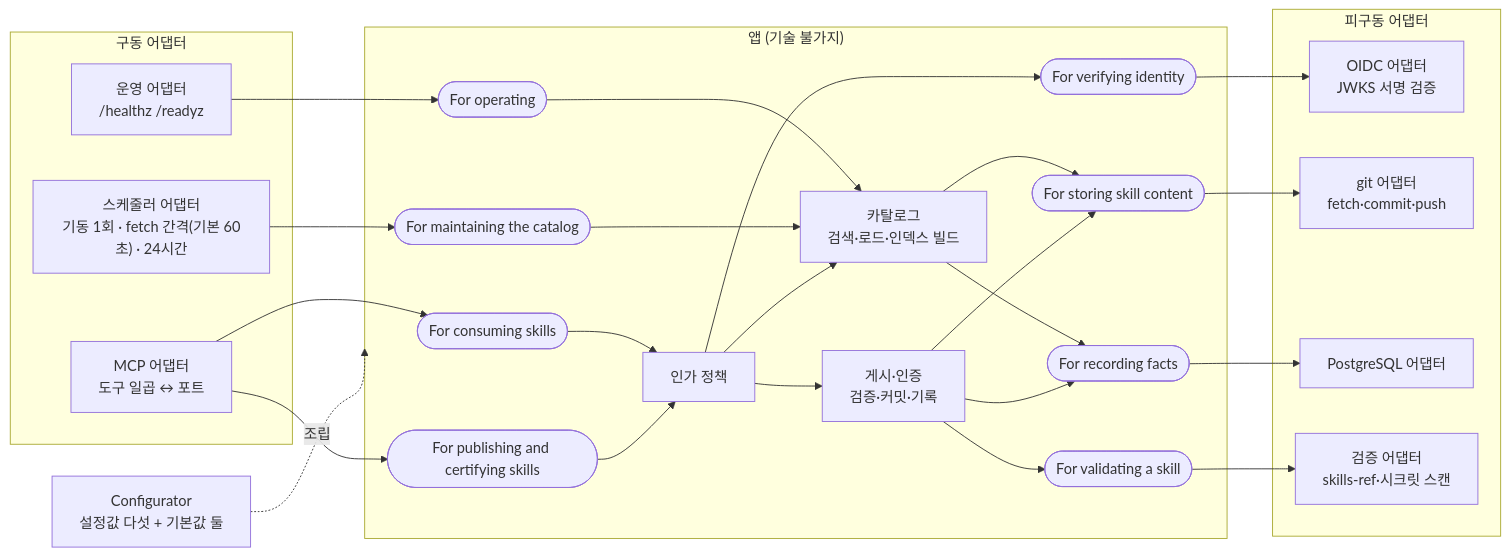
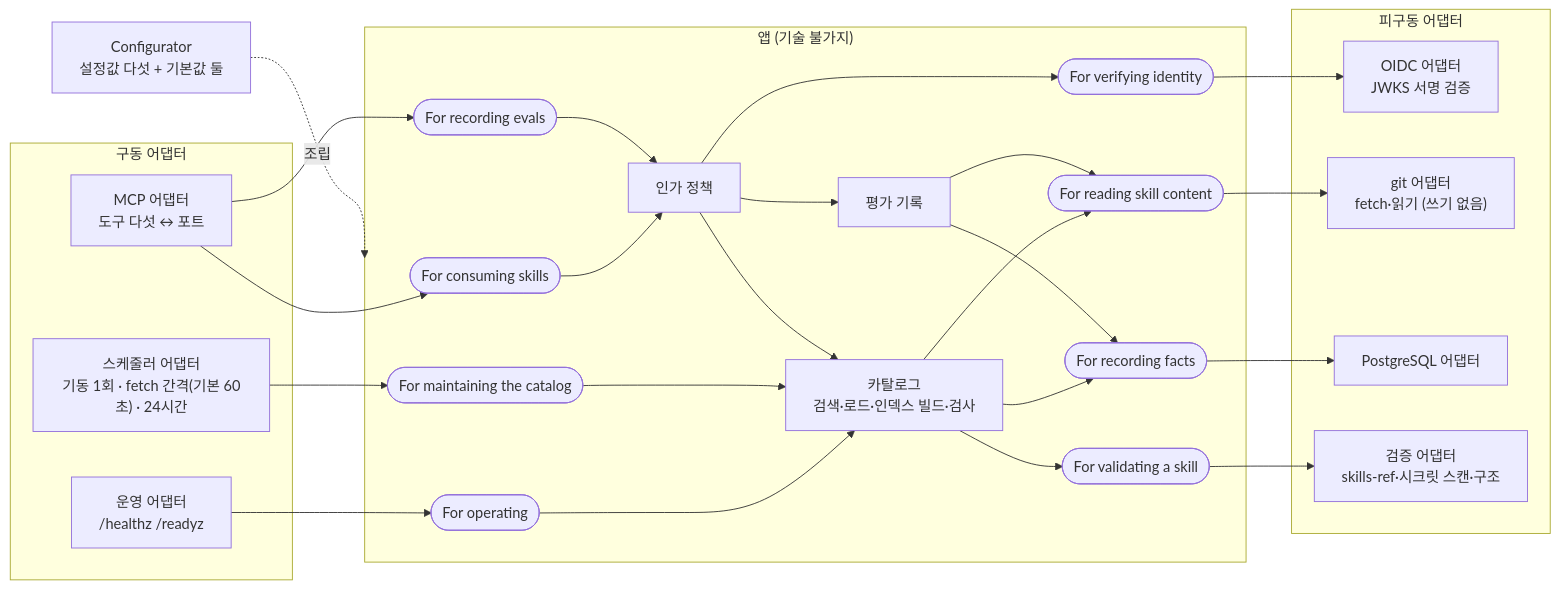
Before and after one commit to alteralab/harness-catalog: the second of 4 diagrams in DESIGN.md, drawn with Mermaid. The commit also changed other lines of this file and 5 other files, not shown here.

````diff
--- a/DESIGN.md
+++ b/DESIGN.md
@@ -83,49 +82,49 @@
 ```mermaid
 flowchart LR
     subgraph DRIVING["구동 어댑터"]
-        MCPA["MCP 어댑터<br/>도구 일곱 ↔ 포트"]
+        MCPA["MCP 어댑터<br/>도구 다섯 ↔ 포트"]
         OPSA["운영 어댑터<br/>/healthz /readyz"]
         SCHED["스케줄러 어댑터<br/>기동 1회 · fetch 간격(기본 60초) · 24시간"]
     end
     subgraph APP["앱 (기술 불가지)"]
         P1(["For consuming skills"])
-        P2(["For publishing and certifying skills"])
+        P2(["For recording evals"])
         P3(["For operating"])
         P8(["For maintaining the catalog"])
         AUTHZ["인가 정책"]
-        CATALOG["카탈로그<br/>검색·로드·인덱스 빌드"]
-        PUBLISH["게시·인증<br/>검증·커밋·기록"]
+        CATALOG["카탈로그<br/>검색·로드·인덱스 빌드·검사"]
+        EVALS["평가 기록"]
         P4(["For verifying identity"])
-        P5(["For storing skill content"])
+        P5(["For reading skill content"])
         P6(["For recording facts"])
         P7(["For validating a skill"])
     end
     subgraph DRIVEN["피구동 어댑터"]
         OIDCA["OIDC 어댑터<br/>JWKS 서명 검증"]
-        GITA["git 어댑터<br/>fetch·commit·push"]
+        GITA["git 어댑터<br/>fetch·읽기 (쓰기 없음)"]
         PGA["PostgreSQL 어댑터"]
-        VALA["검증 어댑터<br/>skills-ref·시크릿 스캔"]
+        VALA["검증 어댑터<br/>skills-ref·시크릿 스캔·구조"]
     end
     CONF["Configurator<br/>설정값 다섯 + 기본값 둘"]
     MCPA --> P1
     MCPA --> P2
     OPSA --> P3
     SCHED --> P8
     P3 --> CATALOG
     P8 --> CATALOG
     P1 --> AUTHZ
     P2 --> AUTHZ
     AUTHZ --> CATALOG
-    AUTHZ --> PUBLISH
+    AUTHZ --> EVALS
     AUTHZ --> P4
     CATALOG --> P5
     CATALOG --> P6
-    PUBLISH --> P7
-    PUBLISH --> P5
-    PUBLISH --> P6
+    CATALOG --> P7
+    EVALS --> P5
+    EVALS --> P6
     P4 --> OIDCA
     P5 --> GITA
     P6 --> PGA
     P7 --> VALA
     CONF -. "조립" .-> APP
 ```
````
